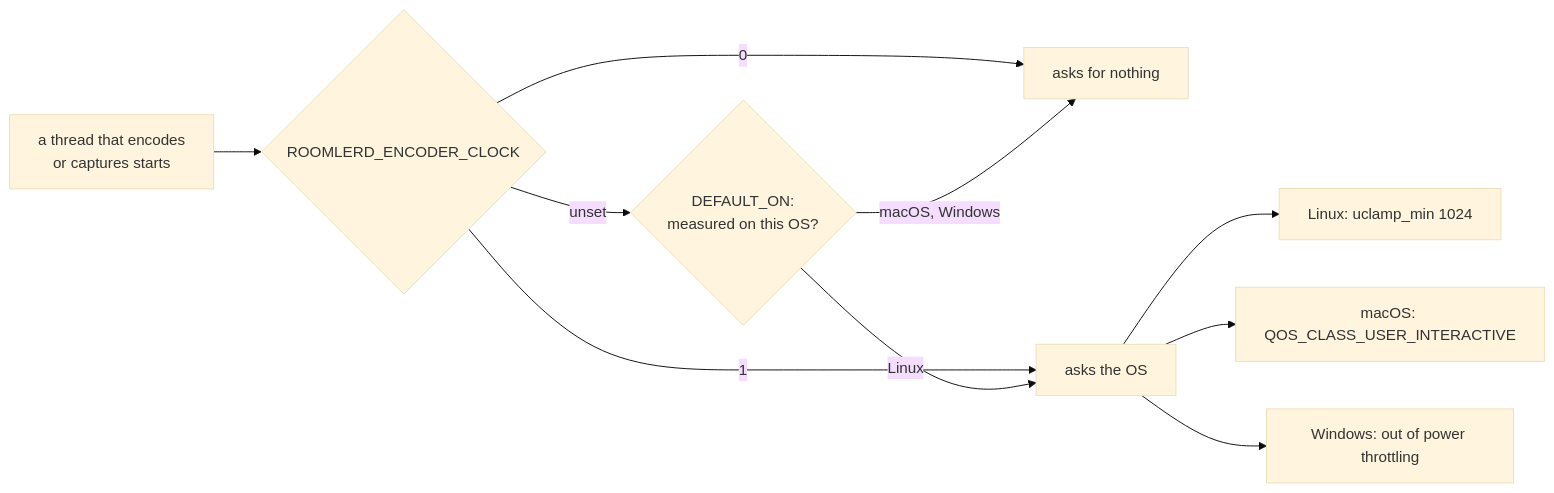
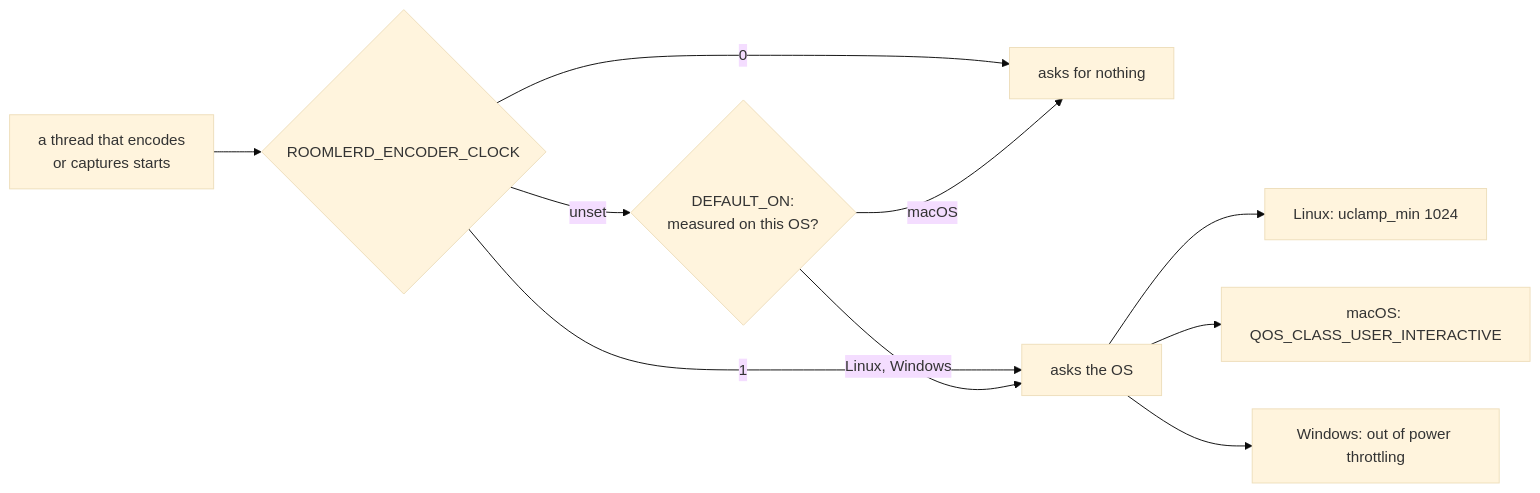
One commit to gjovanov/roomler-ai changed diagram 16 of 17 in docs/encoders.md. Above: the diagram before and after it, drawn with Mermaid (base theme). The commit also changed other lines of this file and 5 other files, not shown here.

````diff
--- a/docs/encoders.md
+++ b/docs/encoders.md
@@ -1546,12 +1546,12 @@
 ```mermaid
 flowchart LR
     T["a thread that encodes<br/>or captures starts"] --> S{"ROOMLERD_ENCODER_CLOCK"}
     S -->|"0"| N["asks for nothing"]
     S -->|"1"| A["asks the OS"]
     S -->|"unset"| D{"DEFAULT_ON:<br/>measured on this OS?"}
-    D -->|"Linux"| A
-    D -->|"macOS, Windows"| N
+    D -->|"Linux, Windows"| A
+    D -->|"macOS"| N
     A --> L["Linux: uclamp_min 1024"]
     A --> M["macOS: QOS_CLASS_USER_INTERACTIVE"]
     A --> W["Windows: out of power throttling"]
 ```
````
